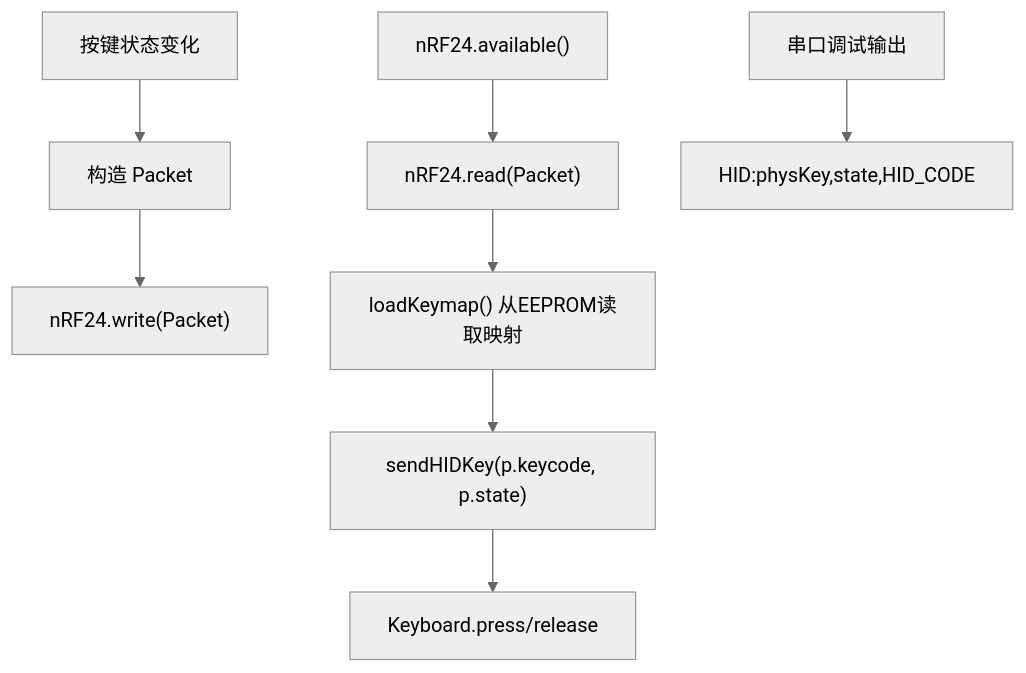
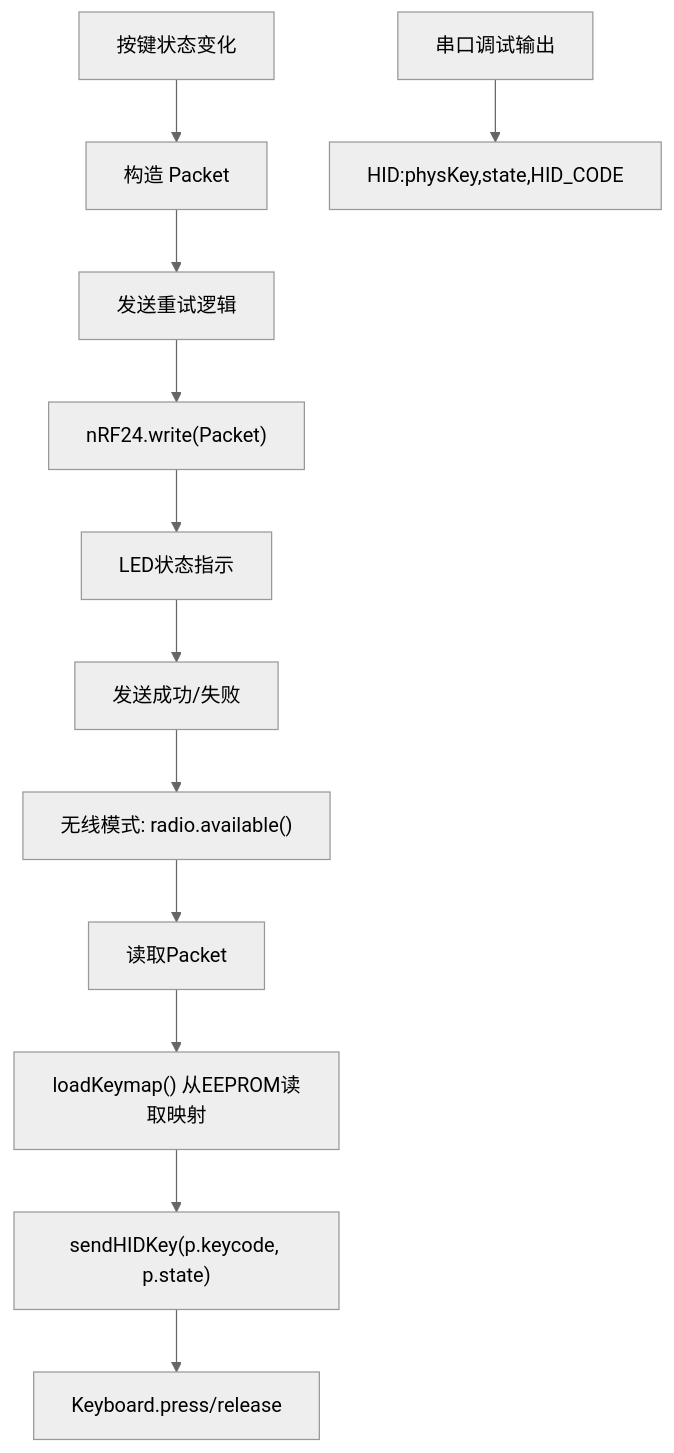
One commit to Hankun-P/wireless-keyboard-toy changed the ninth of 9 diagrams in .qoder/repowiki/zh/content/硬件系统设计/固件实现细节.md. Above: the diagram before and after it, drawn with Mermaid (neutral theme). The commit also changed other lines of this file and 10 other files, not shown here.

````diff
--- a/.qoder/repowiki/zh/content/硬件系统设计/固件实现细节.md
+++ b/.qoder/repowiki/zh/content/硬件系统设计/固件实现细节.md
@@ -462,10 +637,14 @@
 ```mermaid
 flowchart TD
 A["按键状态变化"] --> B["构造 Packet"]
-B --> C["nRF24.write(Packet)"]
-D["nRF24.available()"] --> E["nRF24.read(Packet)"]
-E --> F["loadKeymap() 从EEPROM读取映射"]
-F --> G["sendHIDKey(p.keycode, p.state)"]
-G --> H["Keyboard.press/release"]
-I["串口调试输出"] --> J["HID:physKey,state,HID_CODE"]
+B --> C["发送重试逻辑"]
+C --> D["nRF24.write(Packet)"]
+D --> E["LED状态指示"]
+E --> F["发送成功/失败"]
+F --> G["无线模式: radio.available()"]
+G --> H["读取Packet"]
+H --> I["loadKeymap() 从EEPROM读取映射"]
+I --> J["sendHIDKey(p.keycode, p.state)"]
+J --> K["Keyboard.press/release"]
+L["串口调试输出"] --> M["HID:physKey,state,HID_CODE"]
 ```
````
